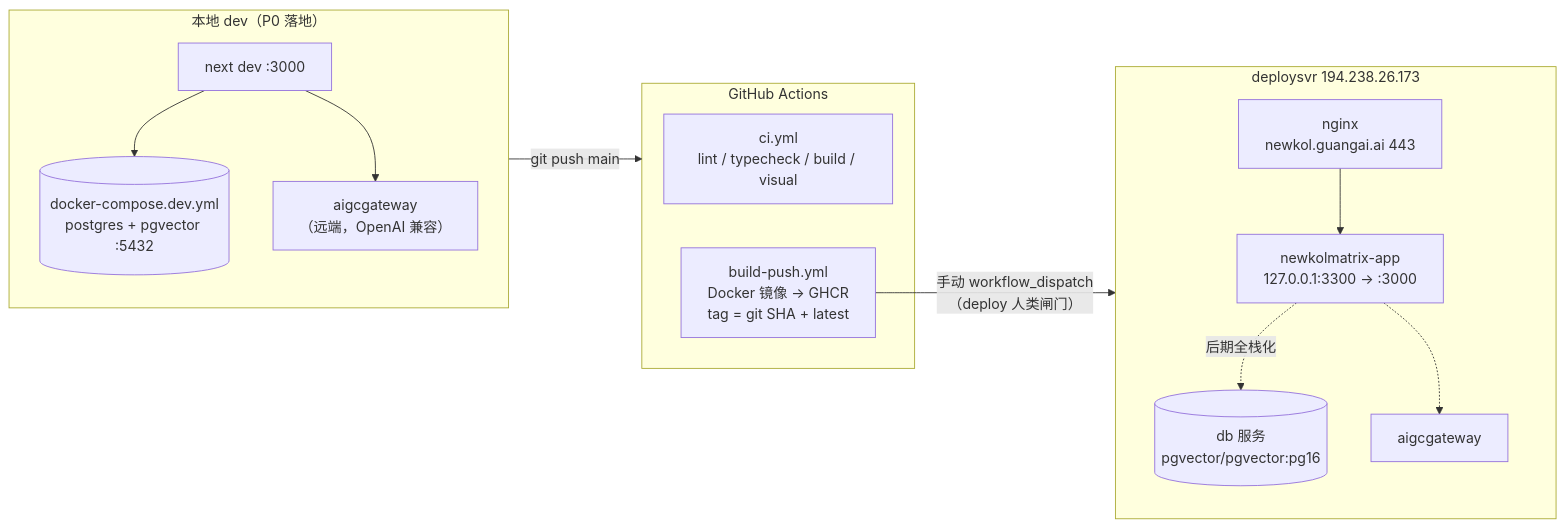
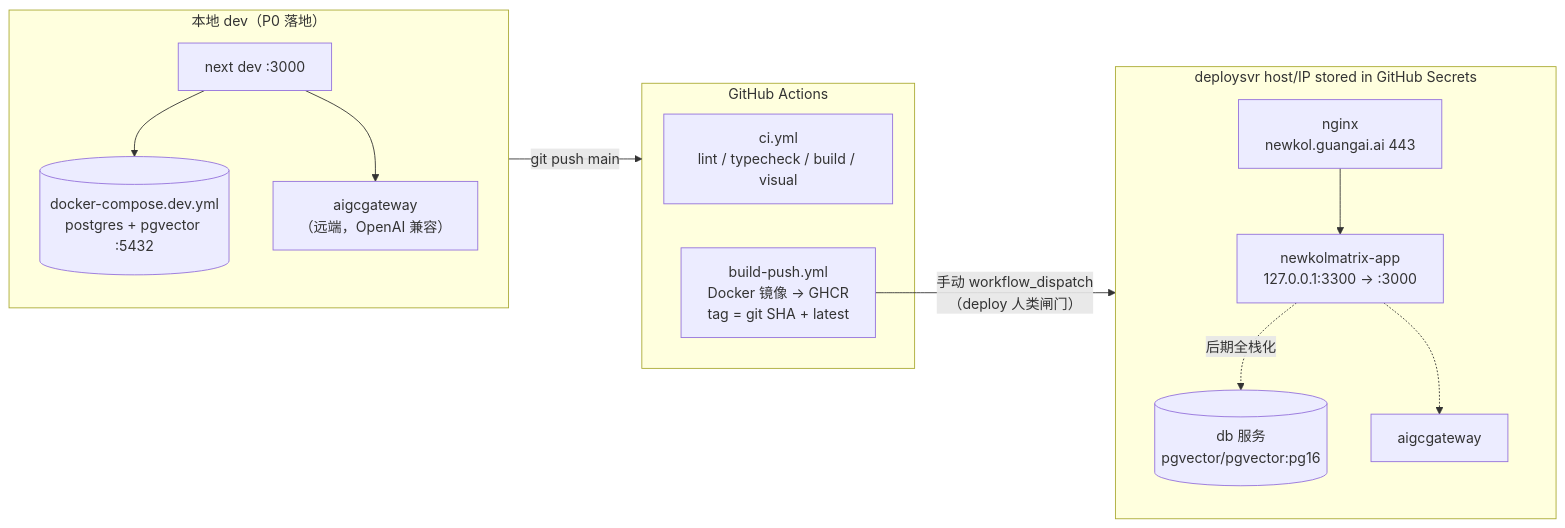
Before and after one commit to tripplemay/newkolmatrix: diagram 11 of 13 in docs/dev/architecture.md, drawn with Mermaid. The commit also changed 8 other files, not shown here.

````diff
--- a/docs/dev/architecture.md
+++ b/docs/dev/architecture.md
@@ -2852,18 +2852,18 @@
 ```mermaid
 flowchart LR
   subgraph DEV["本地 dev（P0 落地）"]
     NEXT["next dev :3000"] --> PGD[("docker-compose.dev.yml<br/>postgres + pgvector :5432")]
     NEXT --> GW1["aigcgateway<br/>（远端，OpenAI 兼容）"]
   end
   subgraph CI["GitHub Actions"]
     CIJOBS["ci.yml<br/>lint / typecheck / build / visual"]
     BP["build-push.yml<br/>Docker 镜像 → GHCR<br/>tag = git SHA + latest"]
   end
-  subgraph PROD["deploysvr 194.238.26.173"]
+  subgraph PROD["deploysvr host/IP stored in GitHub Secrets"]
     NGINX["nginx<br/>newkol.guangai.ai 443"] --> APP["newkolmatrix-app<br/>127.0.0.1:3300 → :3000"]
     APP -.->|"后期全栈化"| PGP[("db 服务<br/>pgvector/pgvector:pg16")]
     APP -.-> GW2["aigcgateway"]
   end
   DEV -->|"git push main"| CI
   BP -->|"手动 workflow_dispatch<br/>（deploy 人类闸门）"| PROD
 ```
````
